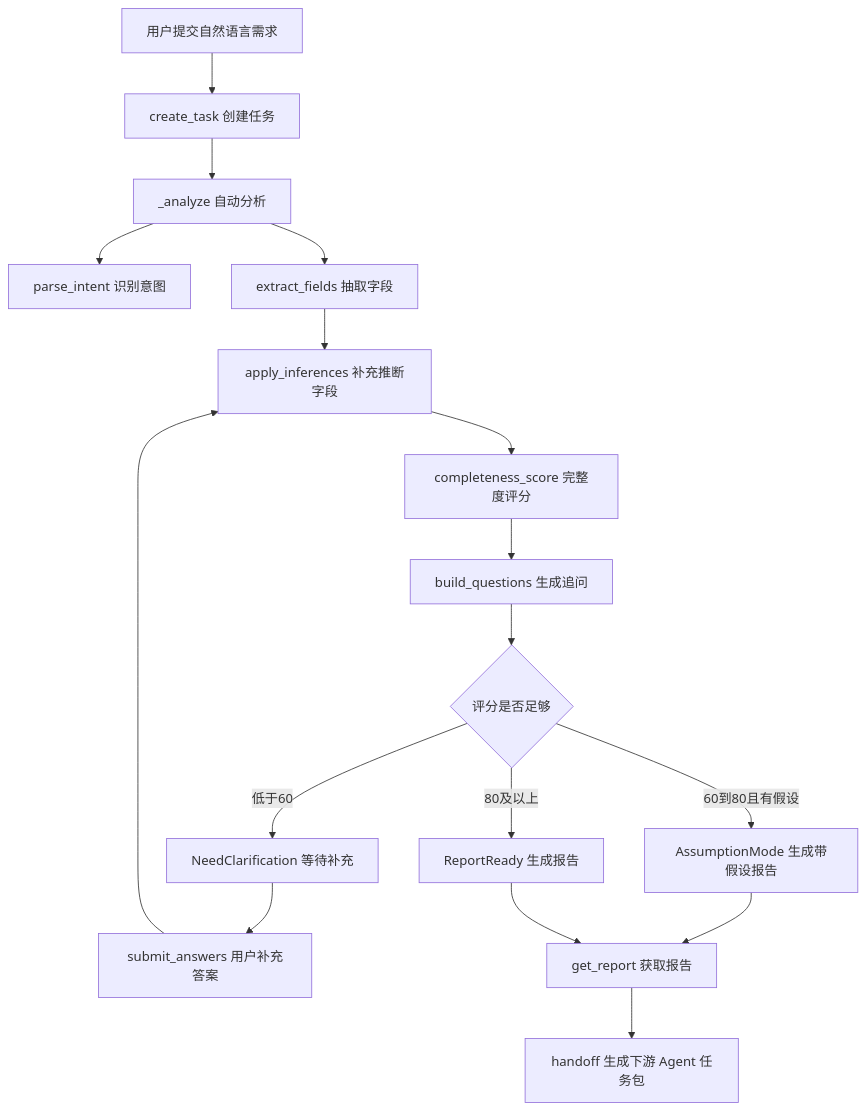
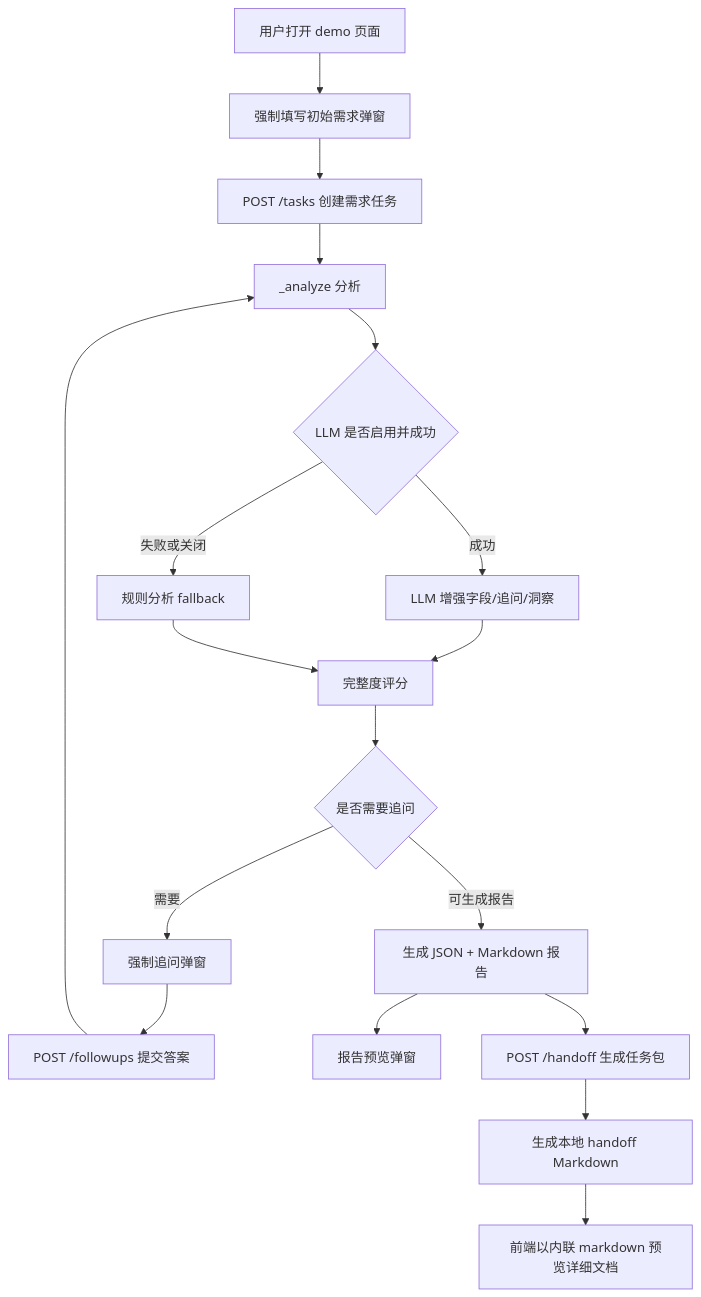
The diagram in 需求Agent当前实现分析文档.md (WhyHeatFly/multi_agent), drawn with Mermaid before and after one commit. The commit also changed other lines of this file, not shown here.

Commit message:
Revise demand agent implementation analysis doc

````diff
--- a/需求Agent当前实现分析文档.md
+++ b/需求Agent当前实现分析文档.md
@@ -477,19 +488,20 @@
 ```mermaid
 flowchart TD
-    A["用户提交自然语言需求"] --> B["create_task 创建任务"]
-    B --> C["_analyze 自动分析"]
-    C --> D["parse_intent 识别意图"]
-    C --> E["extract_fields 抽取字段"]
-    E --> F["apply_inferences 补充推断字段"]
-    F --> G["completeness_score 完整度评分"]
-    G --> H["build_questions 生成追问"]
-    H --> I{"评分是否足够"}
-    I -->|低于60| J["NeedClarification 等待补充"]
-    I -->|60到80且有假设| K["AssumptionMode 生成带假设报告"]
-    I -->|80及以上| L["ReportReady 生成报告"]
-    J --> M["submit_answers 用户补充答案"]
-    M --> F
-    K --> N["get_report 获取报告"]
-    L --> N
-    N --> O["handoff 生成下游 Agent 任务包"]
+    A["用户打开 demo 页面"] --> B["强制填写初始需求弹窗"]
+    B --> C["POST /tasks 创建需求任务"]
+    C --> D["_analyze 分析"]
+    D --> E{"LLM 是否启用并成功"}
+    E -->|成功| F["LLM 增强字段/追问/洞察"]
+    E -->|失败或关闭| G["规则分析 fallback"]
+    F --> H["完整度评分"]
+    G --> H
+    H --> I{"是否需要追问"}
+    I -->|需要| J["强制追问弹窗"]
+    J --> K["POST /followups 提交答案"]
+    K --> D
+    I -->|可生成报告| L["生成 JSON + Markdown 报告"]
+    L --> M["报告预览弹窗"]
+    L --> N["POST /handoff 生成任务包"]
+    N --> O["生成本地 handoff Markdown"]
+    O --> P["前端以内联 markdown 预览详细文档"]
 ```
````
